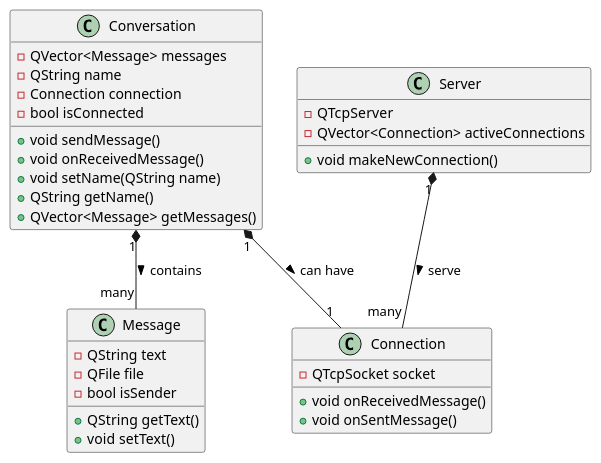
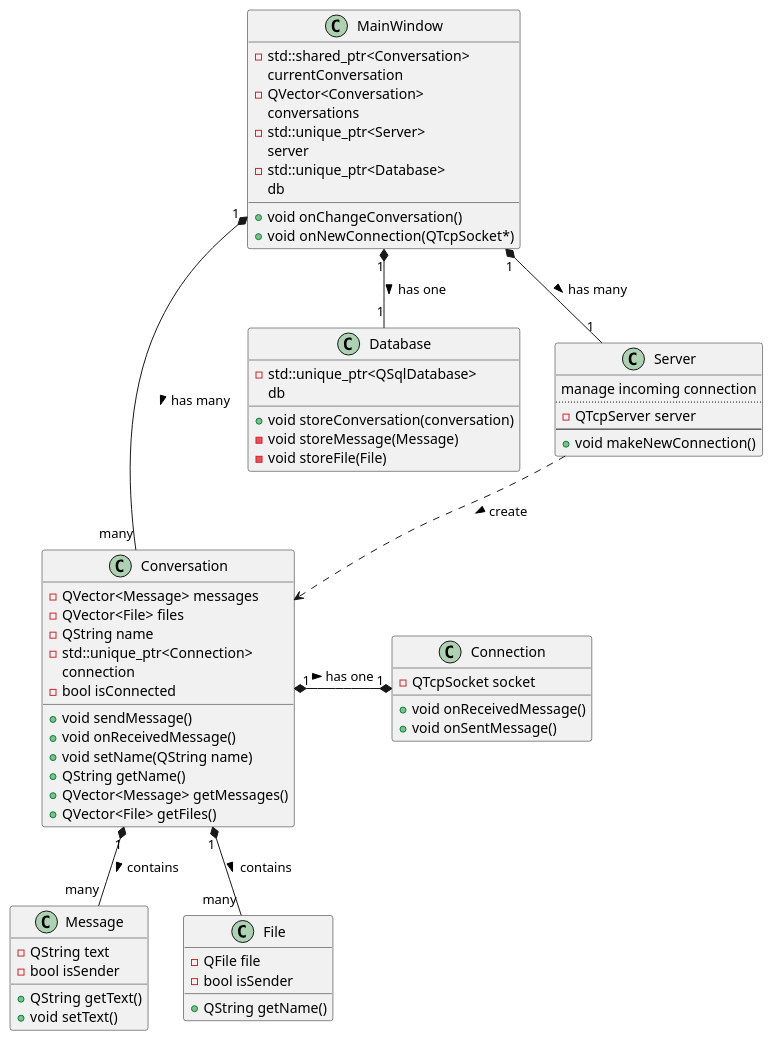
One commit to dstopka/p2p-communicator changed the diagram in uml/diagram.puml. Above: the diagram before and after it, drawn with PlantUML. The commit also changed 1 other file, not shown here.

Commit message:
update uml

```diff
--- a/uml/diagram.puml
+++ b/uml/diagram.puml
@@ -2,48 +2,82 @@
 @startuml
 
+class MainWindow
+class Database
 class Conversation
 class Message
 class Server
 class Connection
+class File
 
+MainWindow "1" *-- "many" Conversation : has many >
+MainWindow "1" *-- "1" Database : has one >
+MainWindow "1" *-- "1" Server : has many >
 Conversation "1" *-- "many" Message : contains >
-Server "1" *-- "many" Connection : serve >
-Conversation "1" *-- "1" Connection : can have >
+Conversation "1" *-- "many" File : contains >
+Server ..> Conversation : create >
+Conversation "1" *-* "1" Connection : has one >
 
+class MainWindow {
+-std::shared_ptr<Conversation>
+currentConversation
+-QVector<Conversation>
+conversations
+-std::unique_ptr<Server>
+server
+-std::unique_ptr<Database>
+db
++void onChangeConversation()
++void onNewConnection(QTcpSocket*)
+}
 
 class Conversation {
 +void sendMessage()
 +void onReceivedMessage()
 +void setName(QString name)
 +QString getName()
 +QVector<Message> getMessages()
++QVector<File> getFiles()
 -QVector<Message> messages
+-QVector<File> files
 -QString name
--Connection connection
+-std::unique_ptr<Connection>
+connection
 -bool isConnected
-
 }
 
 class Message {
 +QString getText()
 +void setText()
-
 -QString text
--QFile file
 -bool isSender
 }
 
 class Server {
+manage incoming connection
+..
+-QTcpServer server
+--
 +void makeNewConnection()
--QTcpServer
--QVector<Connection> activeConnections
 }
 
 class Connection {
 +void onReceivedMessage()
 +void onSentMessage()
 -QTcpSocket socket
+}
 
+class File {
++QString getName()
+-QFile file
+-bool isSender
+}
+
+class Database {
+-std::unique_ptr<QSqlDatabase>
+db
++void storeConversation(conversation)
+-void storeMessage(Message)
+-void storeFile(File)
 }
 
 @enduml
```
